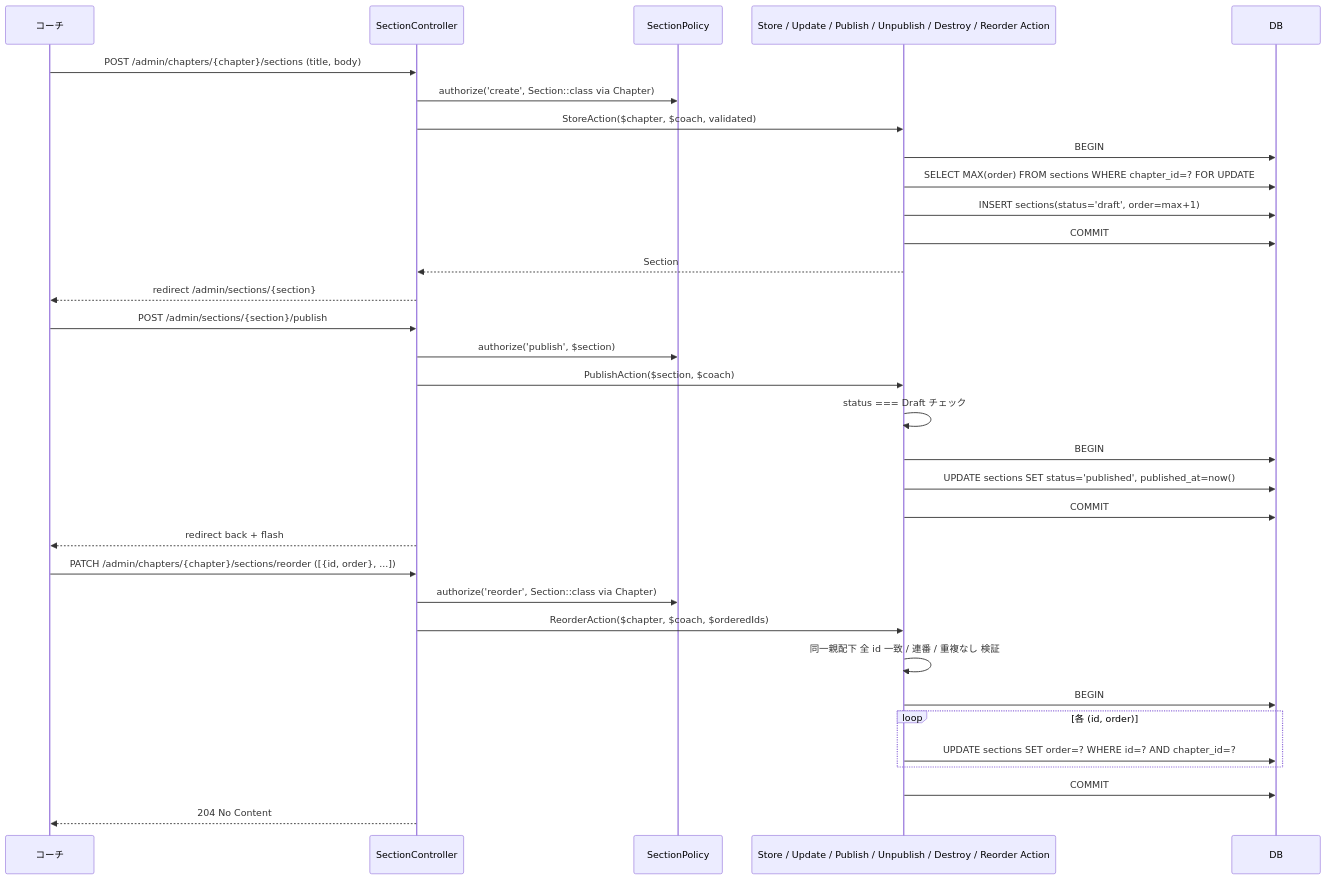
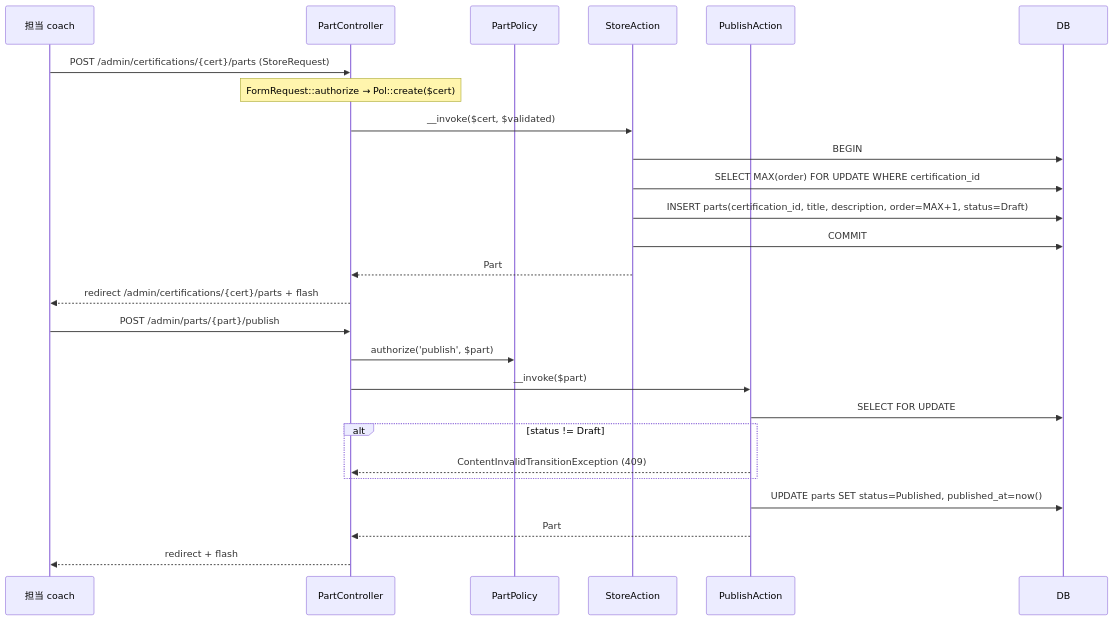
Before and after one commit to coachtech-mockcase-second/ExampleAnswer-mockcase-CertifyLMS: the second of 9 diagrams in docs/specs/content-management/design.md, drawn with Mermaid. The commit also changed other lines of this file and 67 other files, not shown here.

````diff
--- a/docs/specs/content-management/design.md
+++ b/docs/specs/content-management/design.md
@@ -46,38 +40,30 @@
 ```mermaid
 sequenceDiagram
-    participant Coach as コーチ
-    participant SC as SectionController
-    participant Pol as SectionPolicy
-    participant Act as Store / Update / Publish / Unpublish / Destroy / Reorder Action
+    participant Coach as 担当 coach
+    participant PC as PartController
+    participant Pol as PartPolicy
+    participant SA as StoreAction
+    participant PA as PublishAction
     participant DB as DB
 
-    Coach->>SC: POST /admin/chapters/{chapter}/sections (title, body)
-    SC->>Pol: authorize('create', Section::class via Chapter)
-    SC->>Act: StoreAction($chapter, $coach, validated)
-    Act->>DB: BEGIN
-    Act->>DB: SELECT MAX(order) FROM sections WHERE chapter_id=? FOR UPDATE
-    Act->>DB: INSERT sections(status='draft', order=max+1)
-    Act->>DB: COMMIT
-    Act-->>SC: Section
-    SC-->>Coach: redirect /admin/sections/{section}
+    Coach->>PC: POST /admin/certifications/{cert}/parts (StoreRequest)
+    Note over PC: FormRequest::authorize → Pol::create($cert)
+    PC->>SA: __invoke($cert, $validated)
+    SA->>DB: BEGIN
+    SA->>DB: SELECT MAX(order) FOR UPDATE WHERE certification_id
+    SA->>DB: INSERT parts(certification_id, title, description, order=MAX+1, status=Draft)
+    SA->>DB: COMMIT
+    SA-->>PC: Part
+    PC-->>Coach: redirect /admin/certifications/{cert}/parts + flash
 
-    Coach->>SC: POST /admin/sections/{section}/publish
-    SC->>Pol: authorize('publish', $section)
-    SC->>Act: PublishAction($section, $coach)
-    Act->>Act: status === Draft チェック
-    Act->>DB: BEGIN
-    Act->>DB: UPDATE sections SET status='published', published_at=now()
-    Act->>DB: COMMIT
-    SC-->>Coach: redirect back + flash
-
-    Coach->>SC: PATCH /admin/chapters/{chapter}/sections/reorder ([{id, order}, ...])
-    SC->>Pol: authorize('reorder', Section::class via Chapter)
-    SC->>Act: ReorderAction($chapter, $coach, $orderedIds)
-    Act->>Act: 同一親配下 全 id 一致 / 連番 / 重複なし 検証
-    Act->>DB: BEGIN
-    loop 各 (id, order)
-        Act->>DB: UPDATE sections SET order=? WHERE id=? AND chapter_id=?
+    Coach->>PC: POST /admin/parts/{part}/publish
+    PC->>Pol: authorize('publish', $part)
+    PC->>PA: __invoke($part)
+    PA->>DB: SELECT FOR UPDATE
+    alt status != Draft
+        PA-->>PC: ContentInvalidTransitionException (409)
     end
-    Act->>DB: COMMIT
-    SC-->>Coach: 204 No Content
+    PA->>DB: UPDATE parts SET status=Published, published_at=now()
+    PA-->>PC: Part
+    PC-->>Coach: redirect + flash
 ```
````
